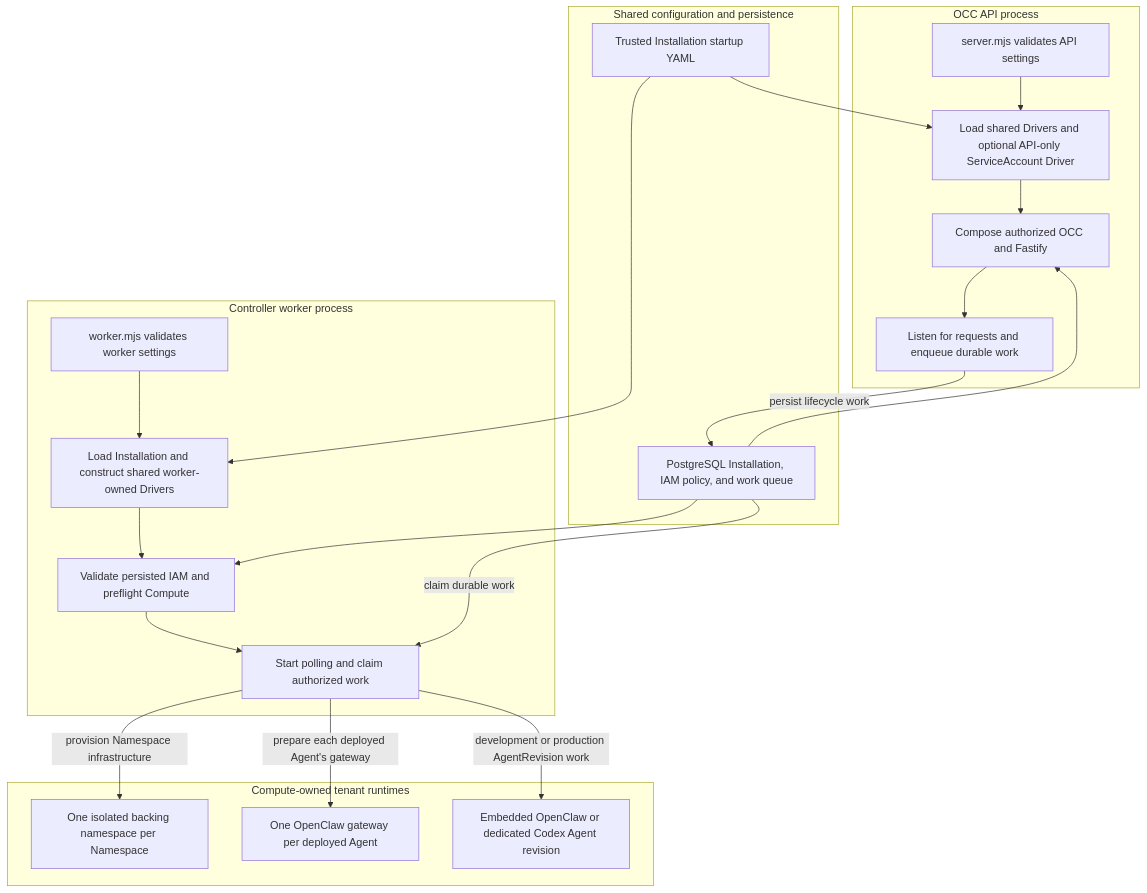
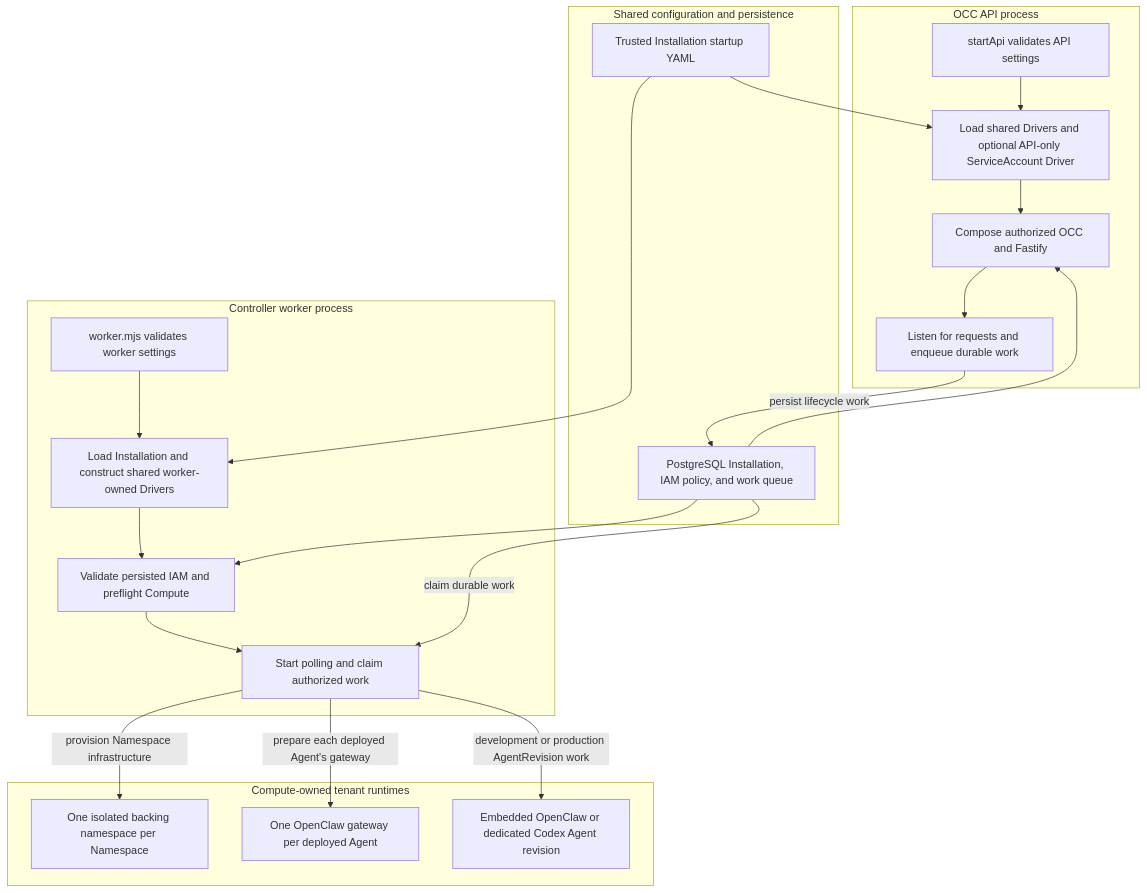
One commit to openclaw/openclaw-enterprise changed the diagram in docs/flows/platform-startup.md. Above: the diagram before and after it, drawn with Mermaid. The commit also changed 6 other files, not shown here.

````diff
--- a/docs/flows/platform-startup.md
+++ b/docs/flows/platform-startup.md
@@ -41,35 +41,35 @@
 ```mermaid
 graph TD
   subgraph Shared["Shared configuration and persistence"]
     Y["Trusted Installation startup YAML"]
     D["PostgreSQL Installation, IAM policy, and work queue"]
   end
 
   subgraph API["OCC API process"]
-    A["server.mjs validates API settings"] --> B["Load shared Drivers and optional API-only ServiceAccount Driver"]
+    A["startApi validates API settings"] --> B["Load shared Drivers and optional API-only ServiceAccount Driver"]
     B --> C["Compose authorized OCC and Fastify"]
     C --> E["Listen for requests and enqueue durable work"]
   end
 
   subgraph Worker["Controller worker process"]
     F["worker.mjs validates worker settings"] --> G["Load Installation and construct shared worker-owned Drivers"]
     G --> H["Validate persisted IAM and preflight Compute"]
     H --> I["Start polling and claim authorized work"]
   end
 
   subgraph Runtime["Compute-owned tenant runtimes"]
     N["One isolated backing namespace per Namespace"]
     J["One OpenClaw gateway per deployed Agent"]
     K["Embedded OpenClaw or dedicated Codex Agent revision"]
   end
 
   Y --> B
   Y --> G
   D --> C
   D --> H
   E -->|persist lifecycle work| D
   D -->|claim durable work| I
   I -->|provision Namespace infrastructure| N
   I -->|prepare each deployed Agent's gateway| J
   I -->|development or production AgentRevision work| K
 ```
````
